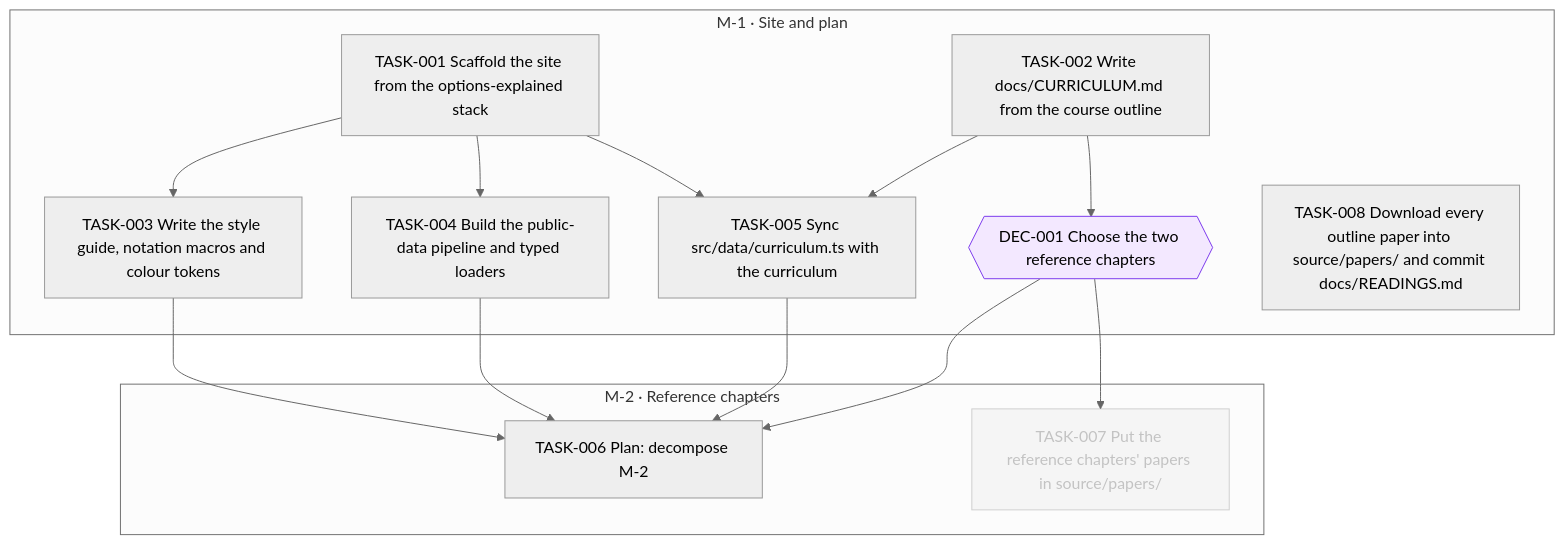
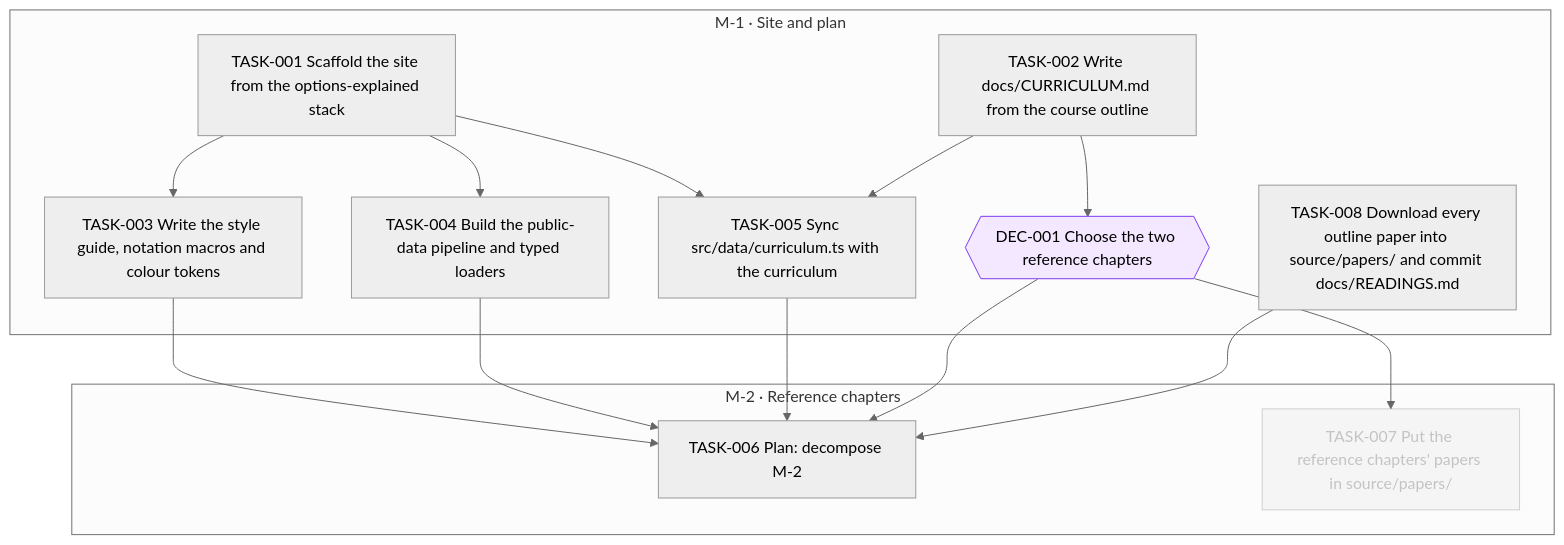
The diagram in goals/course-site/README.md (all-explained/empirical-finance-lbs), drawn with Mermaid (neutral theme) before and after one commit. The commit also changed 1 other file, not shown here.

Commit message:
goal(course-site): link TASK-006 after TASK-008

````diff
--- a/goals/course-site/README.md
+++ b/goals/course-site/README.md
@@ -39,31 +39,32 @@
 ```mermaid
 flowchart TD
   subgraph M_1["M-1 · Site and plan"]
     DEC_001{{"DEC-001 Choose the two reference chapters"}}
     TASK_001["TASK-001 Scaffold the site from the options-explained stack"]
     TASK_002["TASK-002 Write docs/CURRICULUM.md from the course outline"]
     TASK_003["TASK-003 Write the style guide, notation macros and colour tokens"]
     TASK_004["TASK-004 Build the public-data pipeline and typed loaders"]
     TASK_005["TASK-005 Sync src/data/curriculum.ts with the curriculum"]
     TASK_008["TASK-008 Download every outline paper into source/papers/ and commit docs/READINGS.md"]
   end
   subgraph M_2["M-2 · Reference chapters"]
     TASK_006["TASK-006 Plan: decompose M-2"]
     TASK_007["TASK-007 Put the reference chapters' papers in source/papers/"]
   end
   TASK_002 --> DEC_001
   TASK_001 --> TASK_003
   TASK_001 --> TASK_004
   TASK_001 --> TASK_005
   TASK_002 --> TASK_005
   TASK_003 --> TASK_006
   TASK_004 --> TASK_006
   TASK_005 --> TASK_006
   DEC_001 --> TASK_006
+  TASK_008 --> TASK_006
   DEC_001 --> TASK_007
   classDef draft stroke-dasharray: 4 3
   classDef cancelled opacity:0.45
   classDef decision fill:#f3e8ff,stroke:#7c3aed
   class TASK_007 cancelled
   class DEC_001 decision
 ```
````
